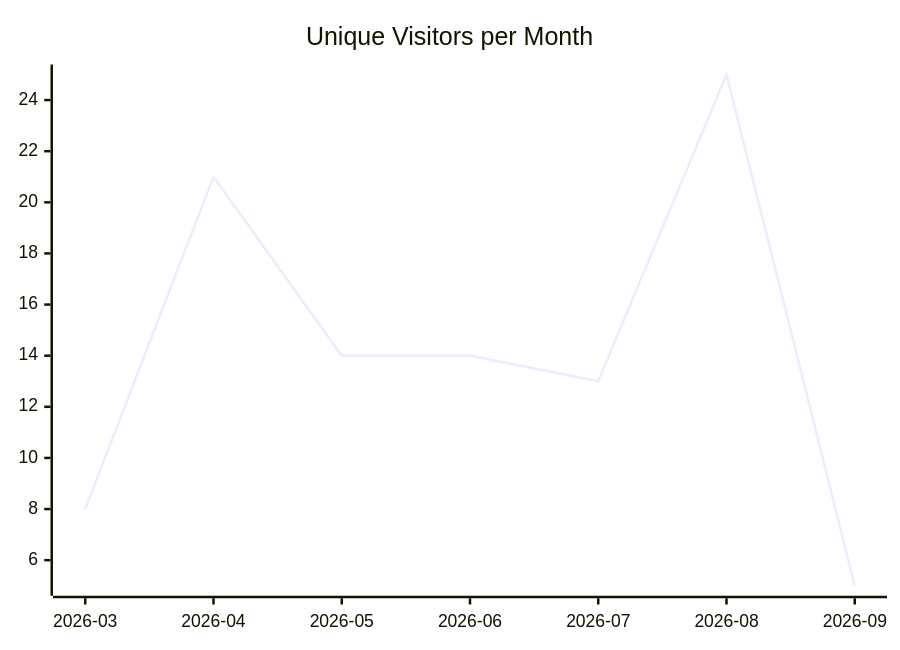
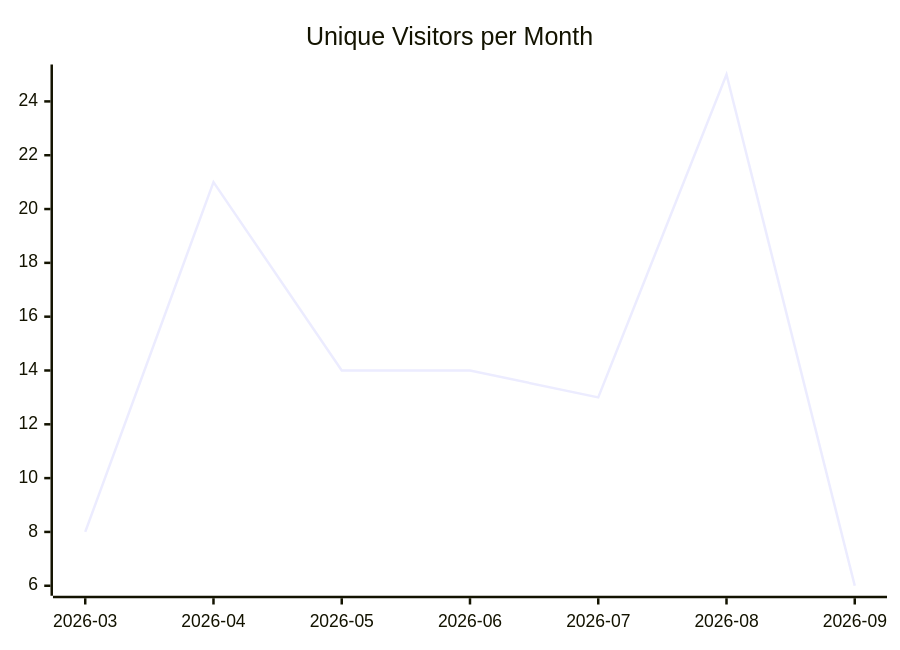
The first of 3 diagrams in karlmdavis/ksoap2-android/README.md (justdavis-family/github-analytics-data), drawn with Mermaid before and after one commit. The commit also changed other lines of this file and 191 other files, not shown here.

````diff
--- a/karlmdavis/ksoap2-android/README.md
+++ b/karlmdavis/ksoap2-android/README.md
@@ -5,6 +5,6 @@
 ```mermaid
 xychart-beta
   title "Unique Visitors per Month"
   x-axis ["2026-03", "2026-04", "2026-05", "2026-06", "2026-07", "2026-08", "2026-09"]
-  line [8, 21, 14, 14, 13, 25, 5]
+  line [8, 21, 14, 14, 13, 25, 6]
 ```
````
